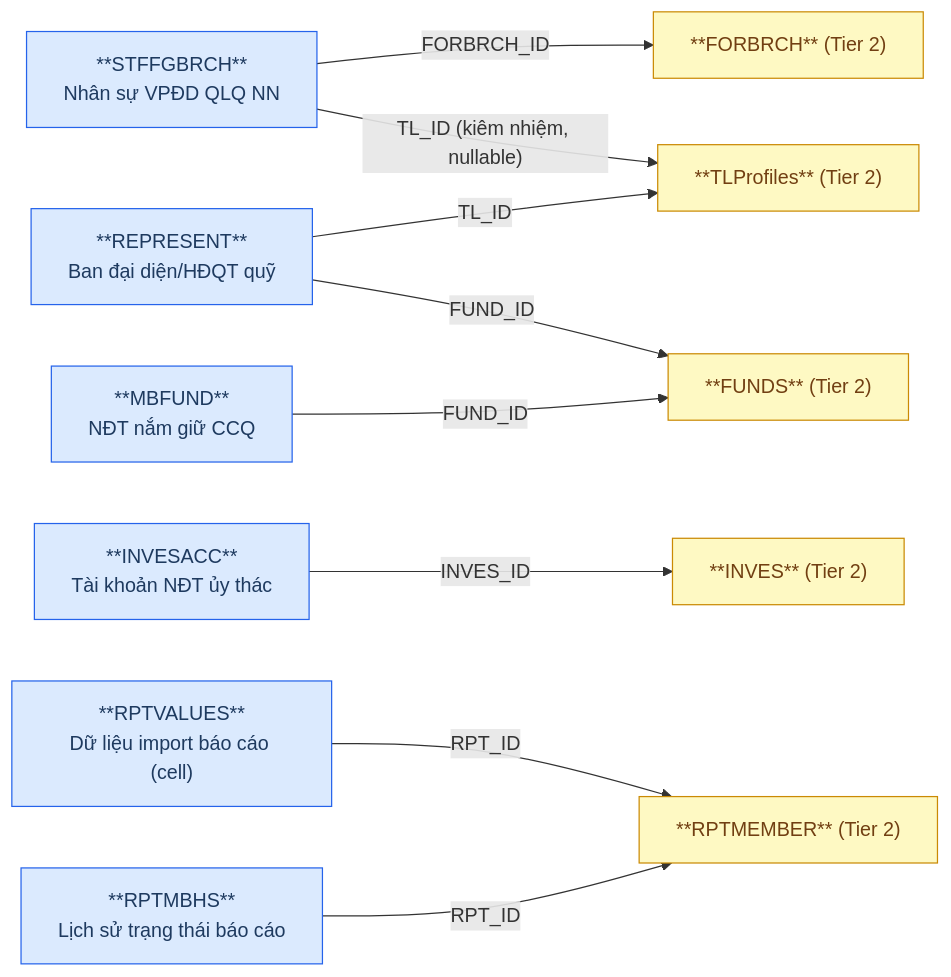
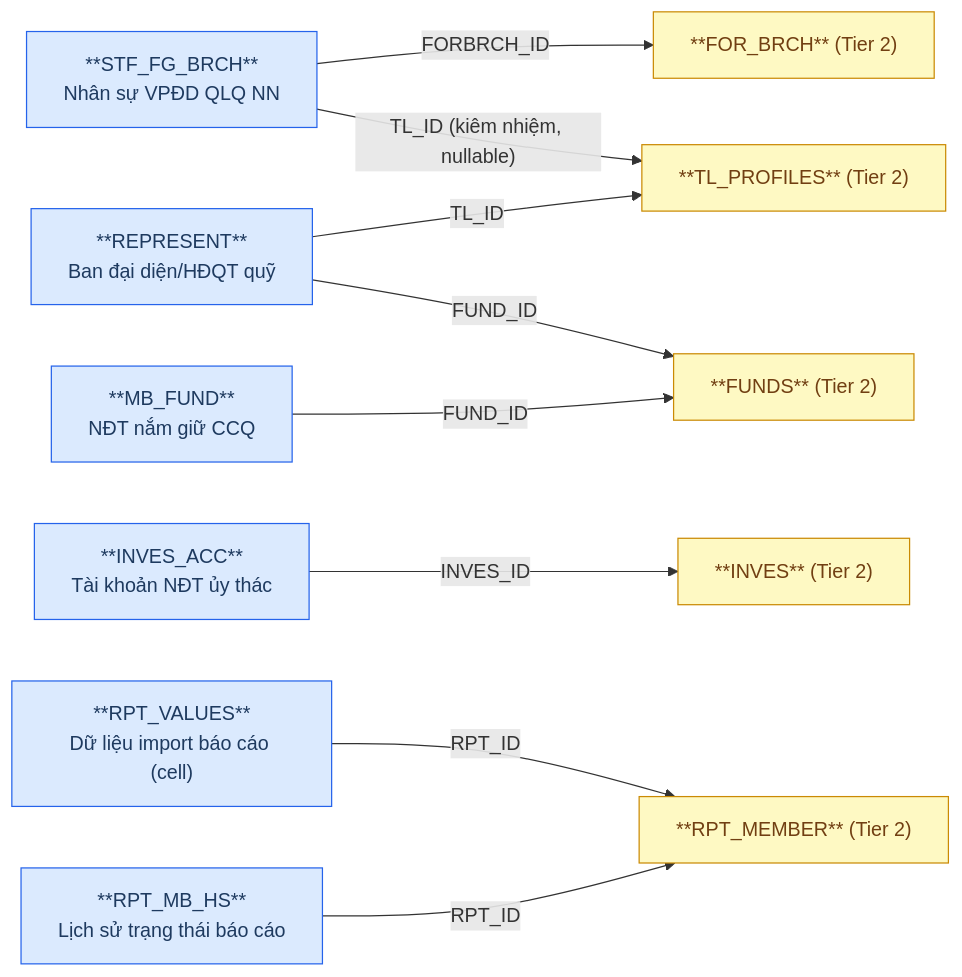
One commit to linhlvit/ubck_atomic_design changed the first of 2 diagrams in DataModel/working/Atomic/hld/FMS_HLD_Tier3.md. Above: the diagram before and after it, drawn with Mermaid. The commit also changed other lines of this file and 9 other files, not shown here.

````diff
--- a/DataModel/working/Atomic/hld/FMS_HLD_Tier3.md
+++ b/DataModel/working/Atomic/hld/FMS_HLD_Tier3.md
@@ -25,27 +25,27 @@
 ```mermaid
 graph LR
     classDef src fill:#dbeafe,stroke:#2563eb,color:#1e3a5f
     classDef outscope fill:#fef9c3,stroke:#ca8a04,color:#713f12
 
-    STFFGBRCH["**STFFGBRCH**\nNhân sự VPĐD QLQ NN"]:::src
+    STF_FG_BRCH["**STF_FG_BRCH**\nNhân sự VPĐD QLQ NN"]:::src
     REPRESENT["**REPRESENT**\nBan đại diện/HĐQT quỹ"]:::src
-    MBFUND["**MBFUND**\nNĐT nắm giữ CCQ"]:::src
-    INVESACC["**INVESACC**\nTài khoản NĐT ủy thác"]:::src
-    RPTVALUES["**RPTVALUES**\nDữ liệu import báo cáo (cell)"]:::src
-    RPTMBHS["**RPTMBHS**\nLịch sử trạng thái báo cáo"]:::src
+    MB_FUND["**MB_FUND**\nNĐT nắm giữ CCQ"]:::src
+    INVES_ACC["**INVES_ACC**\nTài khoản NĐT ủy thác"]:::src
+    RPT_VALUES["**RPT_VALUES**\nDữ liệu import báo cáo (cell)"]:::src
+    RPT_MB_HS["**RPT_MB_HS**\nLịch sử trạng thái báo cáo"]:::src
 
-    FORBRCH["**FORBRCH** (Tier 2)"]:::outscope
-    TLProfiles["**TLProfiles** (Tier 2)"]:::outscope
+    FOR_BRCH["**FOR_BRCH** (Tier 2)"]:::outscope
+    TL_PROFILES["**TL_PROFILES** (Tier 2)"]:::outscope
     FUNDS["**FUNDS** (Tier 2)"]:::outscope
     INVES["**INVES** (Tier 2)"]:::outscope
-    RPTMEMBER["**RPTMEMBER** (Tier 2)"]:::outscope
+    RPT_MEMBER["**RPT_MEMBER** (Tier 2)"]:::outscope
 
-    STFFGBRCH -->|"FORBRCH_ID"| FORBRCH
-    STFFGBRCH -->|"TL_ID (kiêm nhiệm, nullable)"| TLProfiles
+    STF_FG_BRCH -->|"FORBRCH_ID"| FOR_BRCH
+    STF_FG_BRCH -->|"TL_ID (kiêm nhiệm, nullable)"| TL_PROFILES
     REPRESENT -->|"FUND_ID"| FUNDS
-    REPRESENT -->|"TL_ID"| TLProfiles
-    MBFUND -->|"FUND_ID"| FUNDS
-    INVESACC -->|"INVES_ID"| INVES
-    RPTVALUES -->|"RPT_ID"| RPTMEMBER
-    RPTMBHS -->|"RPT_ID"| RPTMEMBER
+    REPRESENT -->|"TL_ID"| TL_PROFILES
+    MB_FUND -->|"FUND_ID"| FUNDS
+    INVES_ACC -->|"INVES_ID"| INVES
+    RPT_VALUES -->|"RPT_ID"| RPT_MEMBER
+    RPT_MB_HS -->|"RPT_ID"| RPT_MEMBER
 ```
````
